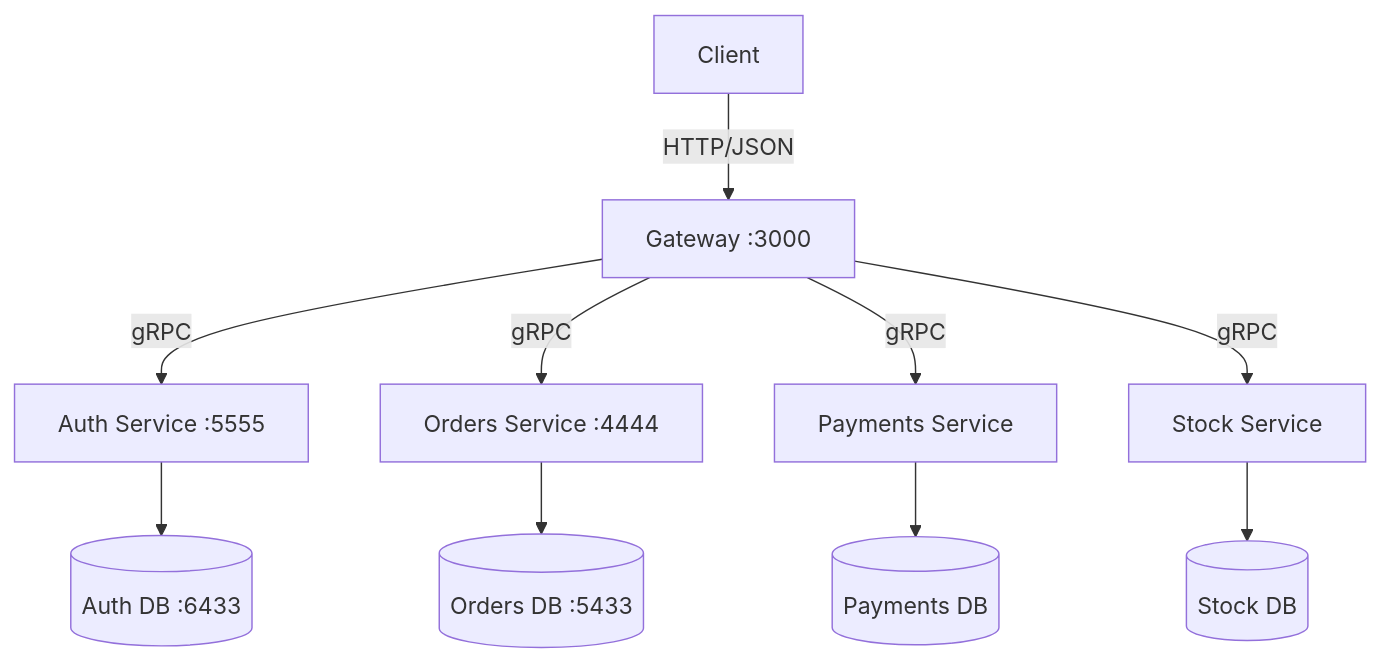
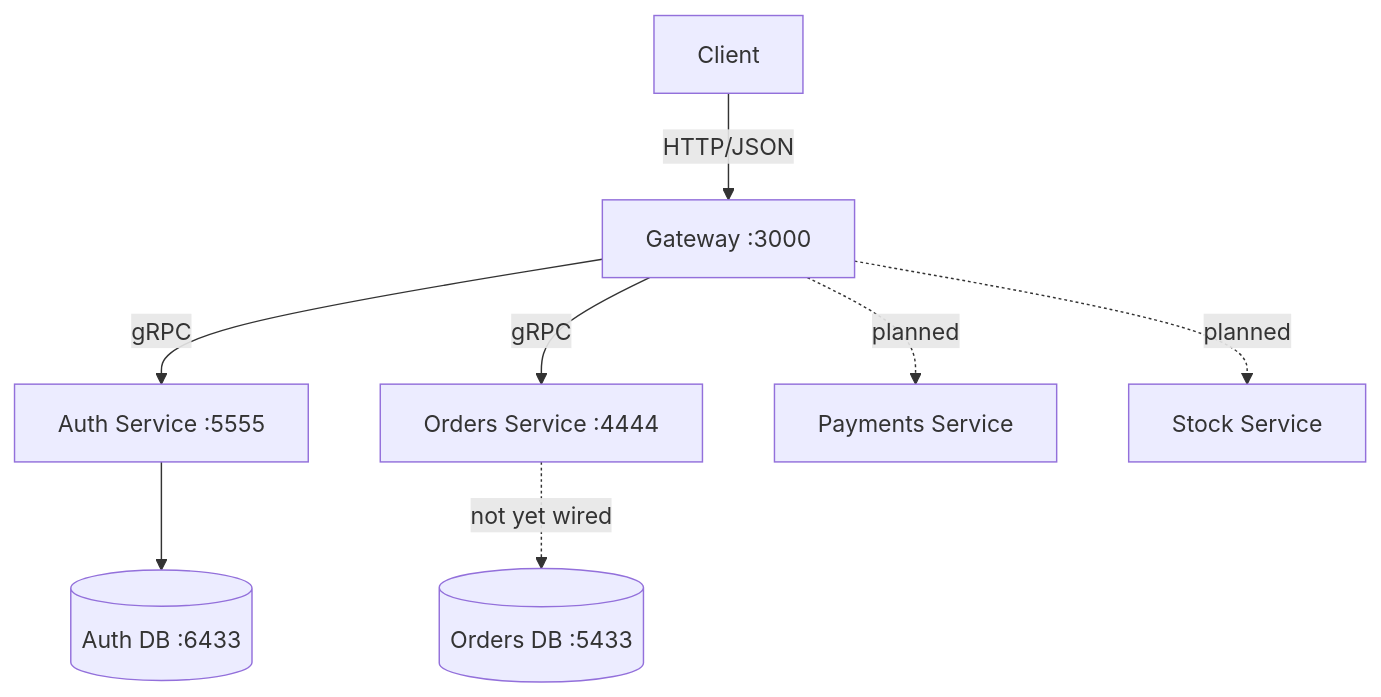
Before and after one commit to Akene-Uzezi/ecommerce-microservice: the first of 3 diagrams in architecture.md, drawn with Mermaid. The commit also changed other lines of this file and 1 other file, not shown here.

````diff
--- a/architecture.md
+++ b/architecture.md
@@ -5,24 +5,20 @@
 ```mermaid
 graph TB
     Client[Client]
     Gateway[Gateway :3000]
     Auth[Auth Service :5555]
     Orders[Orders Service :4444]
     Payments[Payments Service]
     Stock[Stock Service]
     AuthDB[(Auth DB :6433)]
     OrdersDB[(Orders DB :5433)]
-    PaymentDB[(Payments DB)]
-    StockDB[(Stock DB)]
 
     Client -->|HTTP/JSON| Gateway
     Gateway -->|gRPC| Auth
     Gateway -->|gRPC| Orders
-    Gateway -->|gRPC| Payments
-    Gateway -->|gRPC| Stock
+    Gateway -.->|planned| Payments
+    Gateway -.->|planned| Stock
 
     Auth --> AuthDB
-    Orders --> OrdersDB
-    Payments --> PaymentDB
-    Stock --> StockDB
+    Orders -.->|not yet wired| OrdersDB
 ```
````
